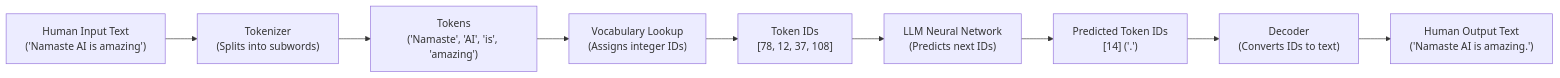
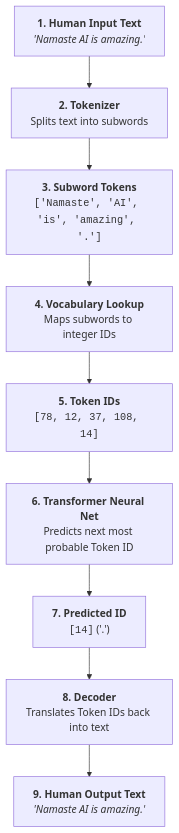
The first of 2 diagrams in Nameste-AI/Season_01/03_The_Secret_Language_of_LLMs.md (Nishant8826/theory-leaning), drawn with Mermaid before and after one commit. The commit also changed other lines of this file and 7 other files, not shown here.

````diff
--- a/Nameste-AI/Season_01/03_The_Secret_Language_of_LLMs.md
+++ b/Nameste-AI/Season_01/03_The_Secret_Language_of_LLMs.md
@@ -39,11 +41,11 @@
 ```mermaid
-flowchart LR
-    A["Human Input Text\n('Namaste AI is amazing')"] --> B["Tokenizer\n(Splits into subwords)"]
-    B --> C["Tokens\n('Namaste', 'AI', 'is', 'amazing')"]
-    C --> D["Vocabulary Lookup\n(Assigns integer IDs)"]
-    D --> E["Token IDs\n[78, 12, 37, 108]"]
-    E --> F["LLM Neural Network\n(Predicts next IDs)"]
-    F --> G["Predicted Token IDs\n[14] ('.')"]
-    G --> H["Decoder\n(Converts IDs to text)"]
-    H --> I["Human Output Text\n('Namaste AI is amazing.')"]
+flowchart TD
+    A["<b>1. Human Input Text</b><br/><i>'Namaste AI is amazing.'</i>"] --> B["<b>2. Tokenizer</b><br/>Splits text into subwords"]
+    B --> C["<b>3. Subword Tokens</b><br/><code>['Namaste', 'AI', 'is', 'amazing', '.']</code>"]
+    C --> D["<b>4. Vocabulary Lookup</b><br/>Maps subwords to integer IDs"]
+    D --> E["<b>5. Token IDs</b><br/><code>[78, 12, 37, 108, 14]</code>"]
+    E --> F["<b>6. Transformer Neural Net</b><br/>Predicts next most probable Token ID"]
+    F --> G["<b>7. Predicted ID</b><br/><code>[14]</code> ('.')"]
+    G --> H["<b>8. Decoder</b><br/>Translates Token IDs back into text"]
+    H --> I["<b>9. Human Output Text</b><br/><i>'Namaste AI is amazing.'</i>"]
 ```
````
